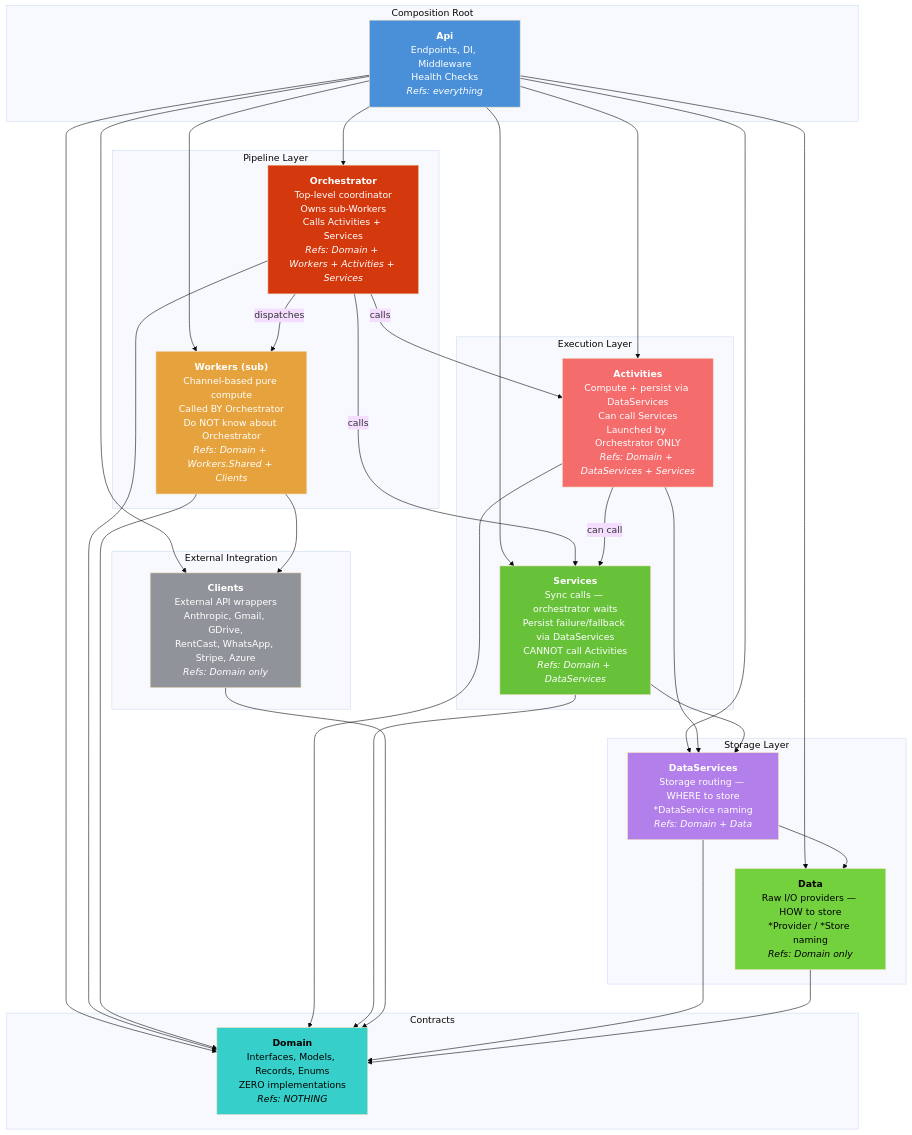
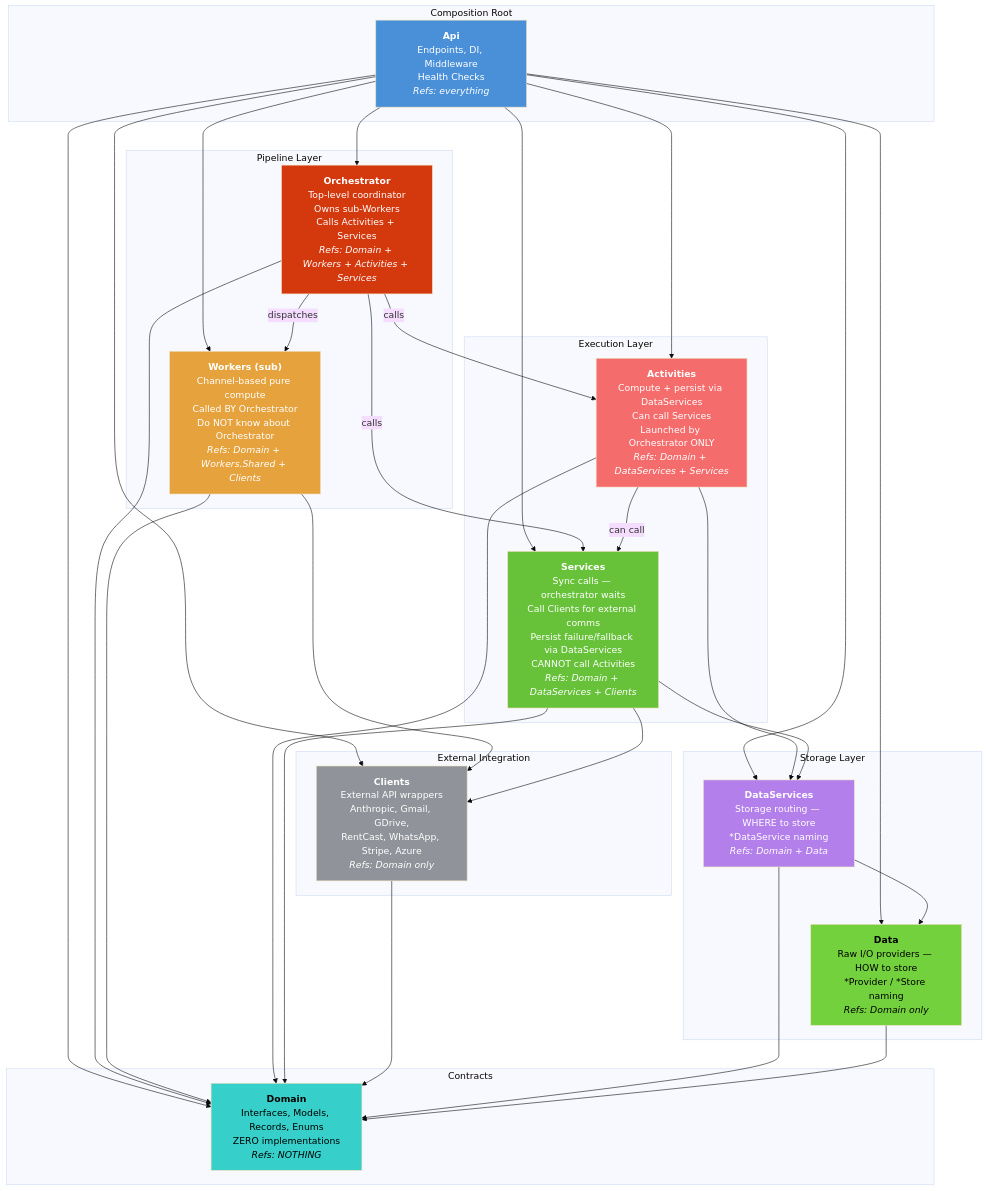
One commit to edward-rosado/jenisesells-website changed the first of 4 diagrams in docs/architecture/project-structure.md. Above: the diagram before and after it, drawn with Mermaid (base theme). The commit also changed other lines of this file and 1 other file, not shown here.

Commit message:
docs: Services can call Clients for external comms (Gmail, WhatsApp, Anthropic)

````diff
--- a/docs/architecture/project-structure.md
+++ b/docs/architecture/project-structure.md
@@ -5,68 +5,69 @@
 ```mermaid
 graph TD
     subgraph "Composition Root"
         Api["<b>Api</b><br/>Endpoints, DI, Middleware<br/>Health Checks<br/><i>Refs: everything</i>"]
     end
 
     subgraph "Pipeline Layer"
         Orchestrator["<b>Orchestrator</b><br/>Top-level coordinator<br/>Owns sub-Workers<br/>Calls Activities + Services<br/><i>Refs: Domain + Workers + Activities + Services</i>"]
         Workers["<b>Workers (sub)</b><br/>Channel-based pure compute<br/>Called BY Orchestrator<br/>Do NOT know about Orchestrator<br/><i>Refs: Domain + Workers.Shared + Clients</i>"]
     end
 
     subgraph "Execution Layer"
         Activities["<b>Activities</b><br/>Compute + persist via DataServices<br/>Can call Services<br/>Launched by Orchestrator ONLY<br/><i>Refs: Domain + DataServices + Services</i>"]
-        Services["<b>Services</b><br/>Sync calls — orchestrator waits<br/>Persist failure/fallback via DataServices<br/>CANNOT call Activities<br/><i>Refs: Domain + DataServices</i>"]
+        Services["<b>Services</b><br/>Sync calls — orchestrator waits<br/>Call Clients for external comms<br/>Persist failure/fallback via DataServices<br/>CANNOT call Activities<br/><i>Refs: Domain + DataServices + Clients</i>"]
     end
 
     subgraph "External Integration"
         Clients["<b>Clients</b><br/>External API wrappers<br/>Anthropic, Gmail, GDrive,<br/>RentCast, WhatsApp, Stripe, Azure<br/><i>Refs: Domain only</i>"]
     end
 
     subgraph "Storage Layer"
         DataServices["<b>DataServices</b><br/>Storage routing — WHERE to store<br/>*DataService naming<br/><i>Refs: Domain + Data</i>"]
         Data["<b>Data</b><br/>Raw I/O providers — HOW to store<br/>*Provider / *Store naming<br/><i>Refs: Domain only</i>"]
     end
 
     subgraph "Contracts"
         Domain["<b>Domain</b><br/>Interfaces, Models, Records, Enums<br/>ZERO implementations<br/><i>Refs: NOTHING</i>"]
     end
 
     Api --> Orchestrator
     Api --> Workers
     Api --> Services
     Api --> Activities
     Api --> Clients
     Api --> DataServices
     Api --> Data
     Api --> Domain
 
     Orchestrator -->|"dispatches"| Workers
     Orchestrator -->|"calls"| Activities
     Orchestrator -->|"calls"| Services
     Orchestrator --> Domain
 
     Workers --> Domain
     Workers --> Clients
 
     Activities -->|"can call"| Services
     Activities --> DataServices
     Activities --> Domain
 
+    Services --> Clients
     Services --> DataServices
     Services --> Domain
 
     Clients --> Domain
     DataServices --> Domain
     DataServices --> Data
     Data --> Domain
 
     style Api fill:#4a90d9,color:white
     style Orchestrator fill:#d4380d,color:white
     style Workers fill:#e6a23c,color:white
     style Services fill:#67c23a,color:white
     style Activities fill:#f56c6c,color:white
     style Clients fill:#909399,color:white
     style DataServices fill:#b37feb,color:white
     style Data fill:#73d13d,color:black
     style Domain fill:#36cfc9,color:black
 ```
````
